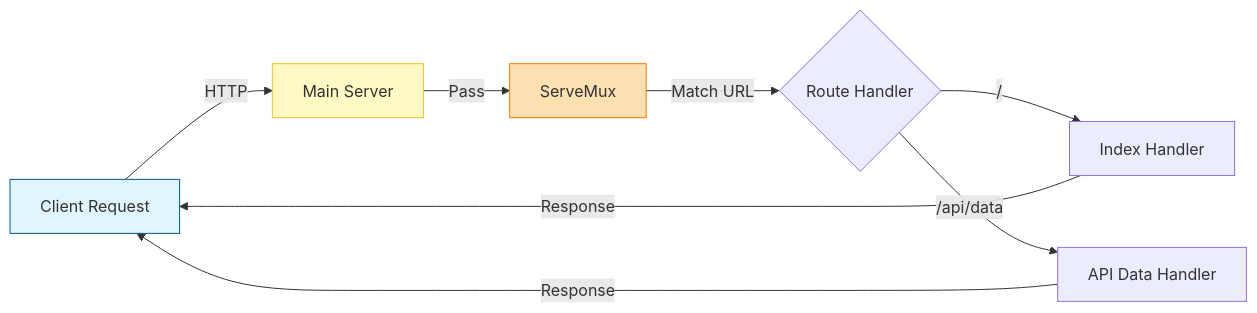
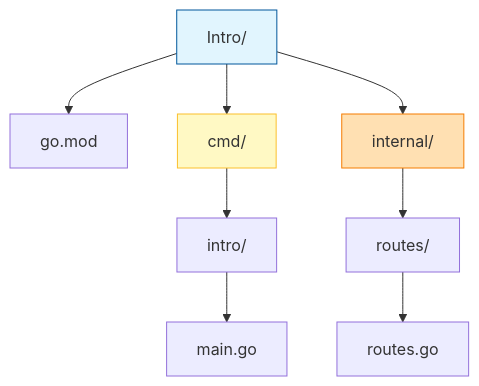
Before and after one commit to priyanshu-samal/Go: the diagram in README.md, drawn with Mermaid. The commit also changed other lines of this file, not shown here.

````diff
--- a/README.md
+++ b/README.md
@@ -28,14 +26,14 @@
 ```mermaid
-flowchart LR
-    Client[Client Request] -->|HTTP| Server[Main Server]
-    Server -->|Pass| Router[ServeMux]
-    Router -->|Match URL| Handler{Route Handler}
-    Handler -->|/| Index[Index Handler]
-    Handler -->|/api/data| API[API Data Handler]
-    Index -->|Response| Client
-    API -->|Response| Client
+graph TD
+    Root[Intro/] --> Mod[go.mod]
+    Root --> Cmd[cmd/]
+    Root --> Internal[internal/]
+    Cmd --> App[intro/]
+    App --> Main[main.go]
+    Internal --> Pkg[routes/]
+    Pkg --> Lib[routes.go]
     
-    style Client fill:#e1f5fe,stroke:#01579b
-    style Server fill:#fff9c4,stroke:#fbc02d
-    style Router fill:#ffe0b2,stroke:#f57c00
+    style Root fill:#e1f5fe,stroke:#01579b
+    style Cmd fill:#fff9c4,stroke:#fbc02d
+    style Internal fill:#ffe0b2,stroke:#f57c00
 ```
````
